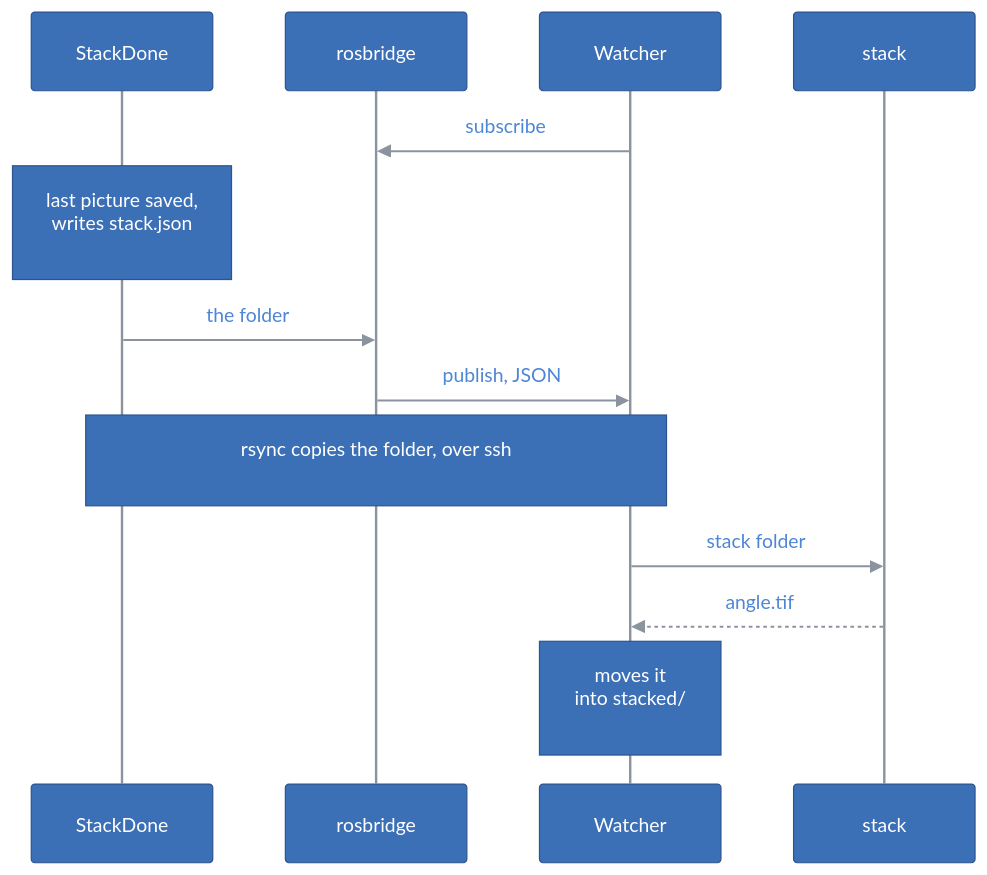
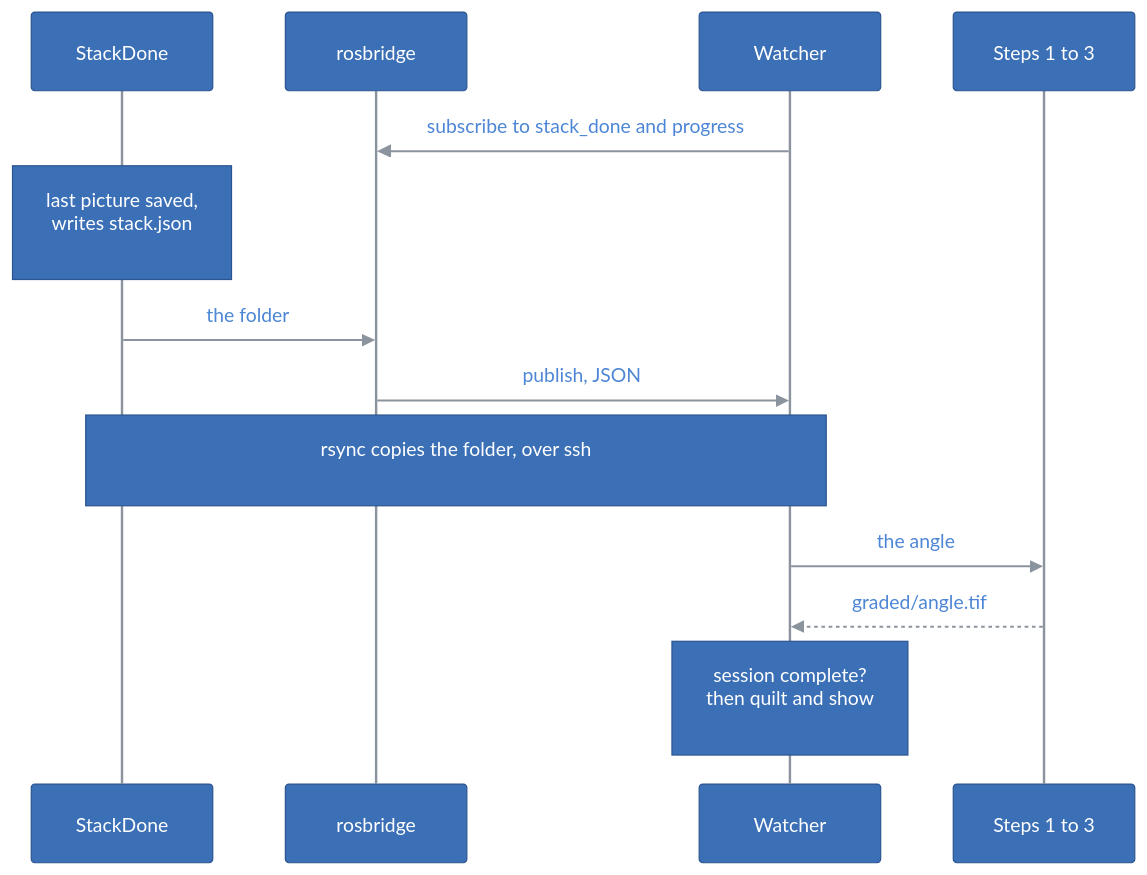
The second of 2 diagrams in docs/ARCHITECTURE.md (kineticsystem/stepit-stacker), drawn with Mermaid before and after one commit. The commit also changed other lines of this file and 25 other files, not shown here.

````diff
--- a/docs/ARCHITECTURE.md
+++ b/docs/ARCHITECTURE.md
@@ -204,69 +210,69 @@
 ```mermaid
 ---
 config:
   theme: base
   themeCSS: ".edgeLabel p { padding: 4px 10px; }"
   flowchart:
     padding: 20
     nodeSpacing: 40
     rankSpacing: 50
   class:
     padding: 16
   sequence:
     boxMargin: 12
     boxTextMargin: 8
     noteMargin: 28
     messageMargin: 40
     actorMargin: 60
     labelBoxWidth: 56
     labelBoxHeight: 28
   themeVariables:
     primaryColor: "#3b6fb6"
     primaryTextColor: "#ffffff"
     primaryBorderColor: "#2c5590"
     lineColor: "#8b949e"
     textColor: "#4d86d6"
     actorBkg: "#3b6fb6"
     actorBorder: "#2c5590"
     actorTextColor: "#ffffff"
     actorLineColor: "#8b949e"
     signalColor: "#8b949e"
     signalTextColor: "#4d86d6"
     noteBkgColor: "#3b6fb6"
     noteTextColor: "#ffffff"
     noteBorderColor: "#2c5590"
     secondaryColor: "#3b6fb6"
     tertiaryColor: "#3b6fb6"
     clusterBkg: "transparent"
     clusterBorder: "#8b949e"
     titleColor: "#4d86d6"
     edgeLabelBackground: "#3b6fb6"
     classText: "#ffffff"
     labelBoxBkgColor: "#3b6fb6"
     labelBoxBorderColor: "#2c5590"
     labelTextColor: "#ffffff"
     loopTextColor: "#4d86d6"
     mainBkg: "#3b6fb6"
     nodeBorder: "#2c5590"
     nodeTextColor: "#ffffff"
     secondaryBorderColor: "#2c5590"
     secondaryTextColor: "#ffffff"
     tertiaryBorderColor: "#2c5590"
     tertiaryTextColor: "#ffffff"
     errorBkgColor: "#3b6fb6"
     errorTextColor: "#ffffff"
 ---
 sequenceDiagram
     participant Rig as StackDone
-    participant Bridge as rosbridge
+    participant Rosbridge as rosbridge
     participant Watcher as Watcher
-    participant Stacker as stack
-    Watcher->>Bridge: subscribe
+    participant Steps as Steps 1 to 3
+    Watcher->>Rosbridge: subscribe to stack_done and progress
     Note over Rig: last picture saved,<br/>writes stack.json
-    Rig->>Bridge: the folder
-    Bridge->>Watcher: publish, JSON
+    Rig->>Rosbridge: the folder
+    Rosbridge->>Watcher: publish, JSON
     Note over Rig,Watcher: rsync copies the folder, over ssh
-    Watcher->>Stacker: stack folder
-    Stacker-->>Watcher: angle.tif
-    Note over Watcher: moves it<br/>into stacked/
+    Watcher->>Steps: the angle
+    Steps-->>Watcher: graded/angle.tif
+    Note over Watcher: session complete?<br/>then quilt and show
 ```
````
